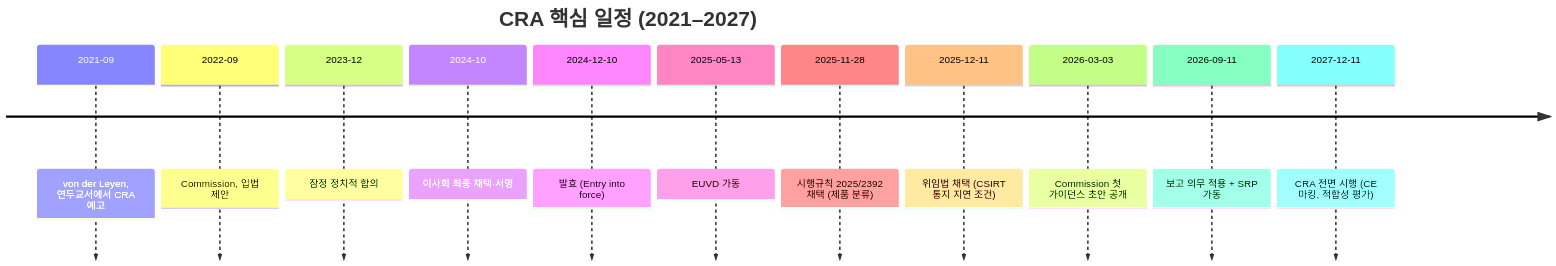
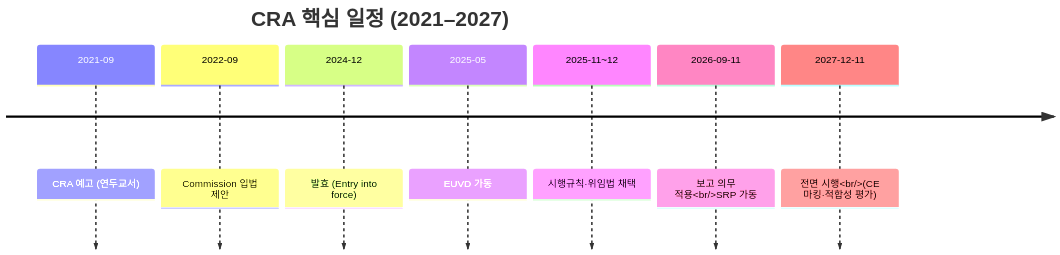
The third of 4 diagrams in content/en/research/2026-eu-cra-vulnerability-reporting/_index.md (haksungjang/haksungjang.github.io), drawn with Mermaid before and after one commit. The commit also changed 1 other file, not shown here.

Commit message:
style(mermaid): 도식 폰트 크기 키우고 timeline 항목 압축
- hugo.yaml의 params.mermaid.config에 themeVariables.fontSize=18px 추가.
- §3.1 timeline 11개 노드 → 핵심 7개로 압축해 가로 폭 여유 확보.
- flowchart/timeline 모두 useMaxWidth: true 유지.

````diff
--- a/content/en/research/2026-eu-cra-vulnerability-reporting/_index.md
+++ b/content/en/research/2026-eu-cra-vulnerability-reporting/_index.md
@@ -144,15 +144,11 @@
 ```mermaid
 timeline
     title CRA 핵심 일정 (2021–2027)
-    2021-09 : von der Leyen, 연두교서에서 CRA 예고
-    2022-09 : Commission, 입법 제안
-    2023-12 : 잠정 정치적 합의
-    2024-10 : 이사회 최종 채택·서명
-    2024-12-10 : 발효 (Entry into force)
-    2025-05-13 : EUVD 가동
-    2025-11-28 : 시행규칙 2025/2392 채택 (제품 분류)
-    2025-12-11 : 위임법 채택 (CSIRT 통지 지연 조건)
-    2026-03-03 : Commission 첫 가이던스 초안 공개
-    2026-09-11 : 보고 의무 적용 + SRP 가동
-    2027-12-11 : CRA 전면 시행 (CE 마킹, 적합성 평가)
+    2021-09 : CRA 예고 (연두교서)
+    2022-09 : Commission 입법 제안
+    2024-12 : 발효 (Entry into force)
+    2025-05 : EUVD 가동
+    2025-11~12 : 시행규칙·위임법 채택
+    2026-09-11 : 보고 의무 적용<br/>SRP 가동
+    2027-12-11 : 전면 시행<br/>(CE 마킹·적합성 평가)
 ```
````
